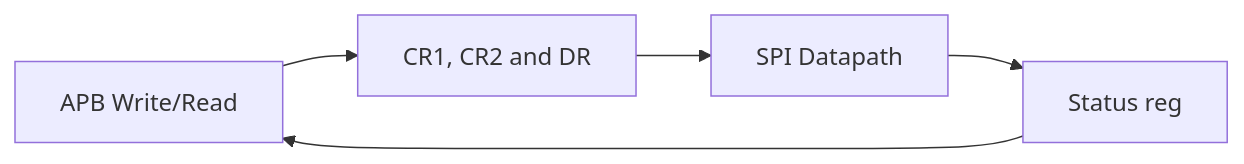
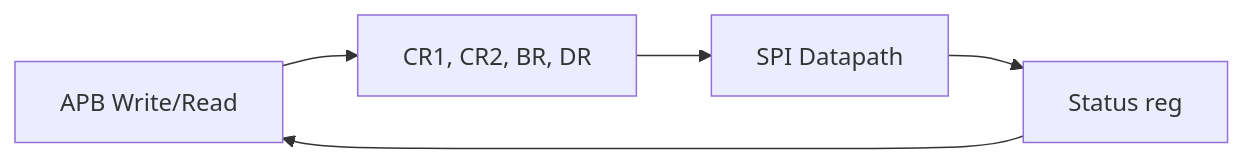
One commit to ChhandakRoy/chhandakroy.github.io changed the third of 3 diagrams in _posts/2026-09-22-spi-master-controller-verilog-rtl-apb.md. Above: the diagram before and after it, drawn with Mermaid. The commit also changed other lines of this file and 2 other files, not shown here.

````diff
--- a/_posts/2026-09-22-spi-master-controller-verilog-rtl-apb.md
+++ b/_posts/2026-09-22-spi-master-controller-verilog-rtl-apb.md
@@ -277,7 +277,7 @@
 ```mermaid
 flowchart LR
-    A[APB Write/Read] --> B[CR1, CR2 and DR]
+    A[APB Write/Read] --> B[CR1, CR2, BR, DR]
     B --> C[SPI Datapath]
     C --> D[Status reg]
     D --> A
 ```
````
